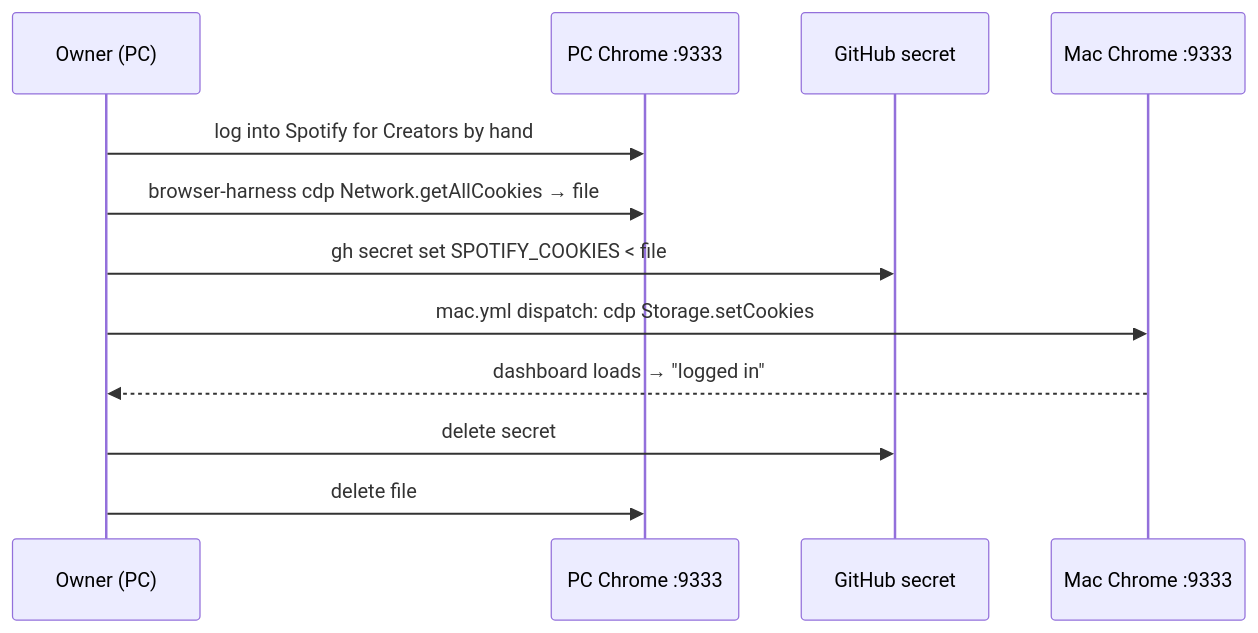
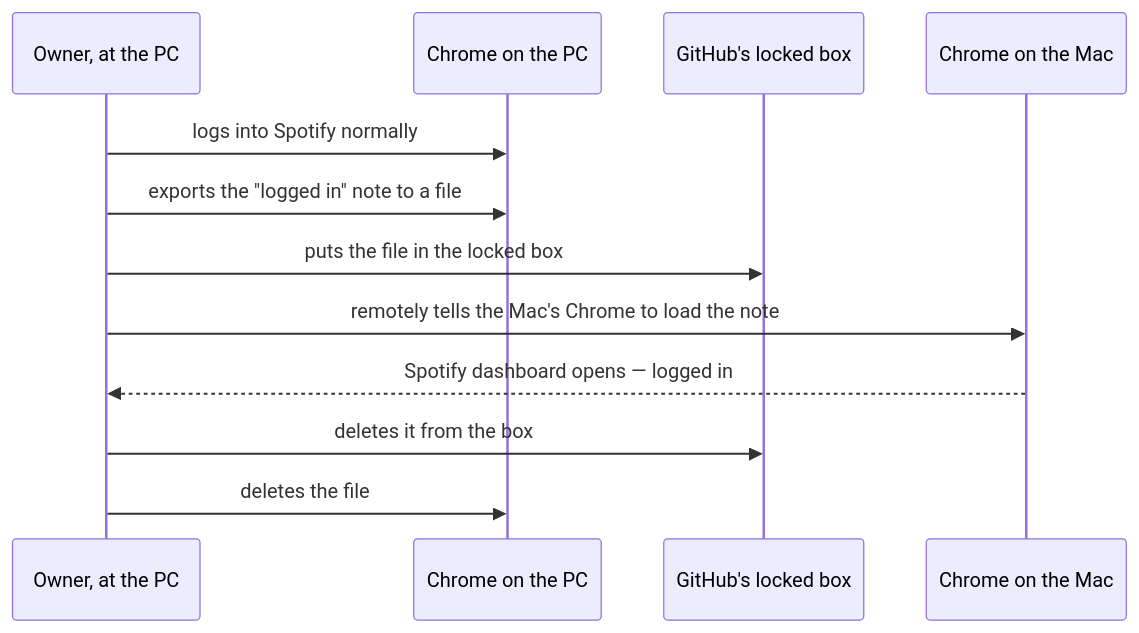
Before and after one commit to Matcry12/shipwithai-podcast-plugin: the seventh of 12 diagrams in docs/00-overview.md, drawn with Mermaid. The commit also changed other lines of this file, not shown here.

````diff
--- a/docs/00-overview.md
+++ b/docs/00-overview.md
@@ -200,14 +212,14 @@
 ```mermaid
 sequenceDiagram
-    participant U as Owner (PC)
-    participant PC as PC Chrome :9333
-    participant GHS as GitHub secret
-    participant MC as Mac Chrome :9333
-    U->>PC: log into Spotify for Creators by hand
-    U->>PC: browser-harness cdp Network.getAllCookies → file
-    U->>GHS: gh secret set SPOTIFY_COOKIES < file
-    U->>MC: mac.yml dispatch: cdp Storage.setCookies
-    MC-->>U: dashboard loads → "logged in"
-    U->>GHS: delete secret
-    U->>PC: delete file
+    participant O as Owner, at the PC
+    participant PC as Chrome on the PC
+    participant SAFE as GitHub's locked box
+    participant MC as Chrome on the Mac
+    O->>PC: logs into Spotify normally
+    O->>PC: exports the "logged in" note to a file
+    O->>SAFE: puts the file in the locked box
+    O->>MC: remotely tells the Mac's Chrome to load the note
+    MC-->>O: Spotify dashboard opens — logged in
+    O->>SAFE: deletes it from the box
+    O->>PC: deletes the file
 ```
````
